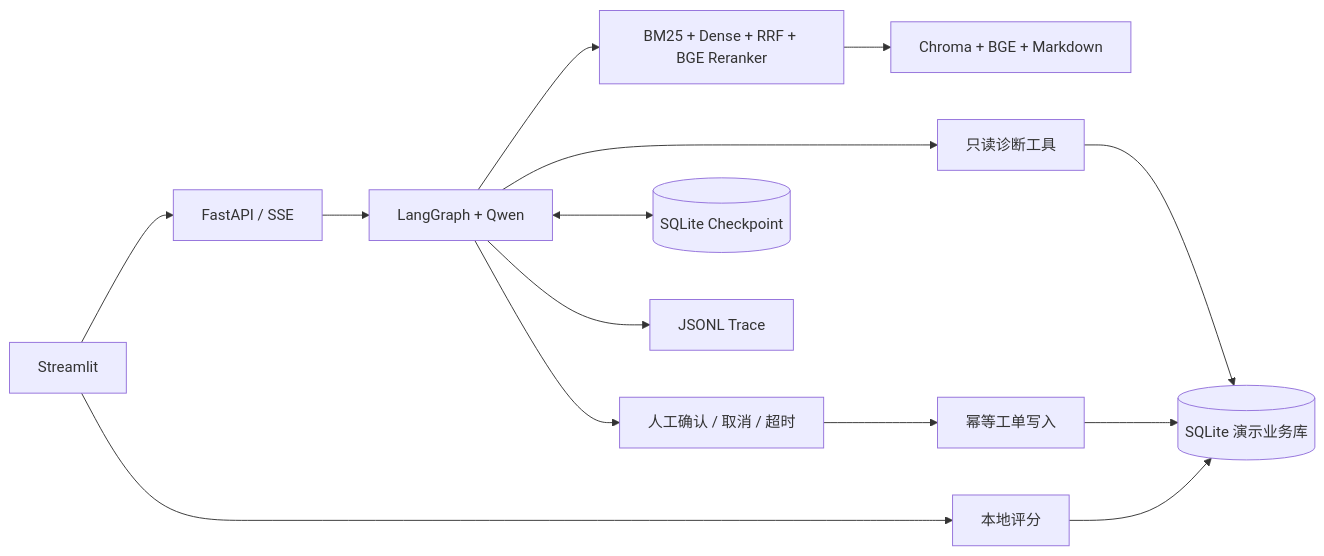
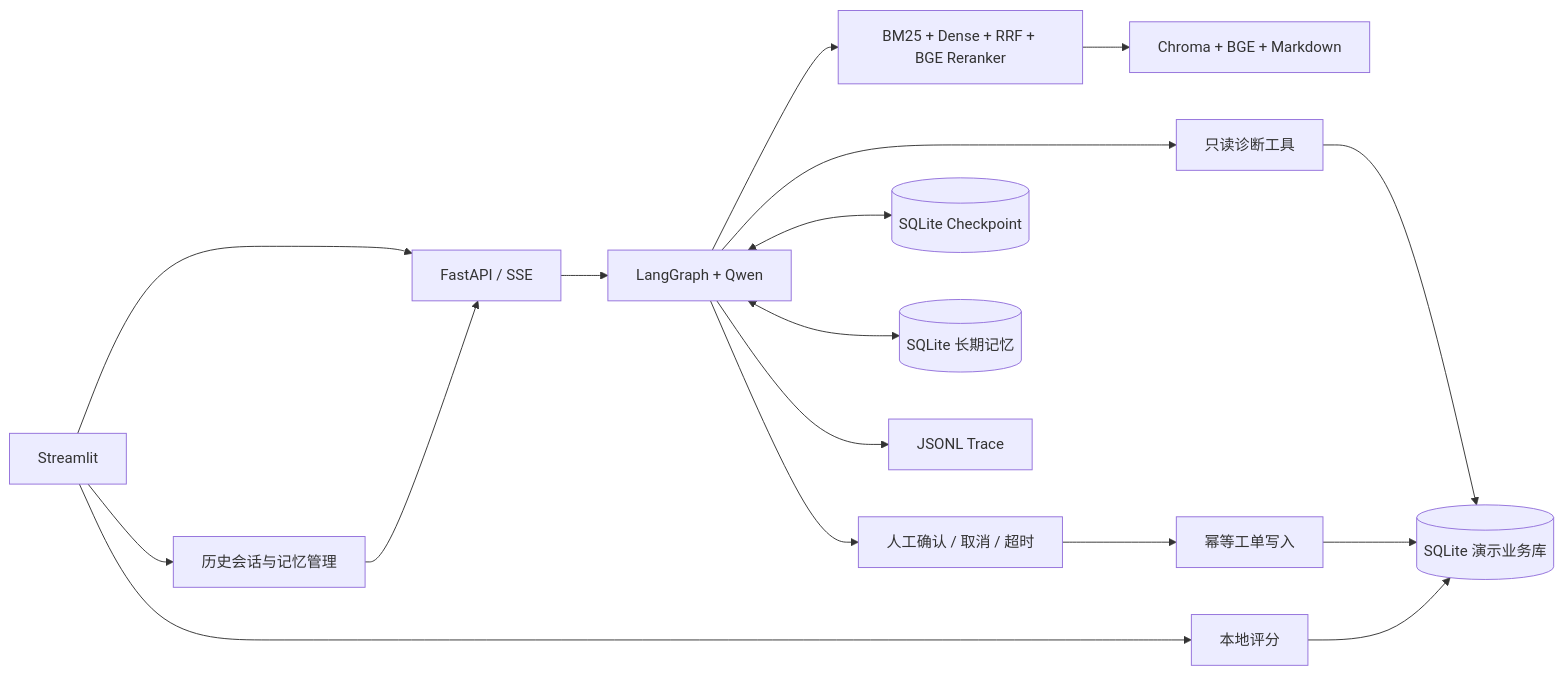
The diagram in README.md (hellolc666/saas-tech-support-agent), drawn with Mermaid before and after one commit. The commit also changed other lines of this file and 16 other files, not shown here.

````diff
--- a/README.md
+++ b/README.md
@@ -29,16 +29,19 @@
 ```mermaid
 flowchart LR
  UI[Streamlit] --> API[FastAPI / SSE]
  API --> G[LangGraph + Qwen]
  G --> R[BM25 + Dense + RRF + BGE Reranker]
  R --> C[Chroma + BGE + Markdown]
  G --> T[只读诊断工具]
  T --> DB[(SQLite 演示业务库)]
  G --> H[人工确认 / 取消 / 超时]
  H --> W[幂等工单写入]
  W --> DB
  G <--> CP[(SQLite Checkpoint)]
+ G <--> M[(SQLite 长期记忆)]
+ UI --> CM[历史会话与记忆管理]
+ CM --> API
  G --> L[JSONL Trace]
  UI --> F[本地评分]
  F --> DB
 ```
````
